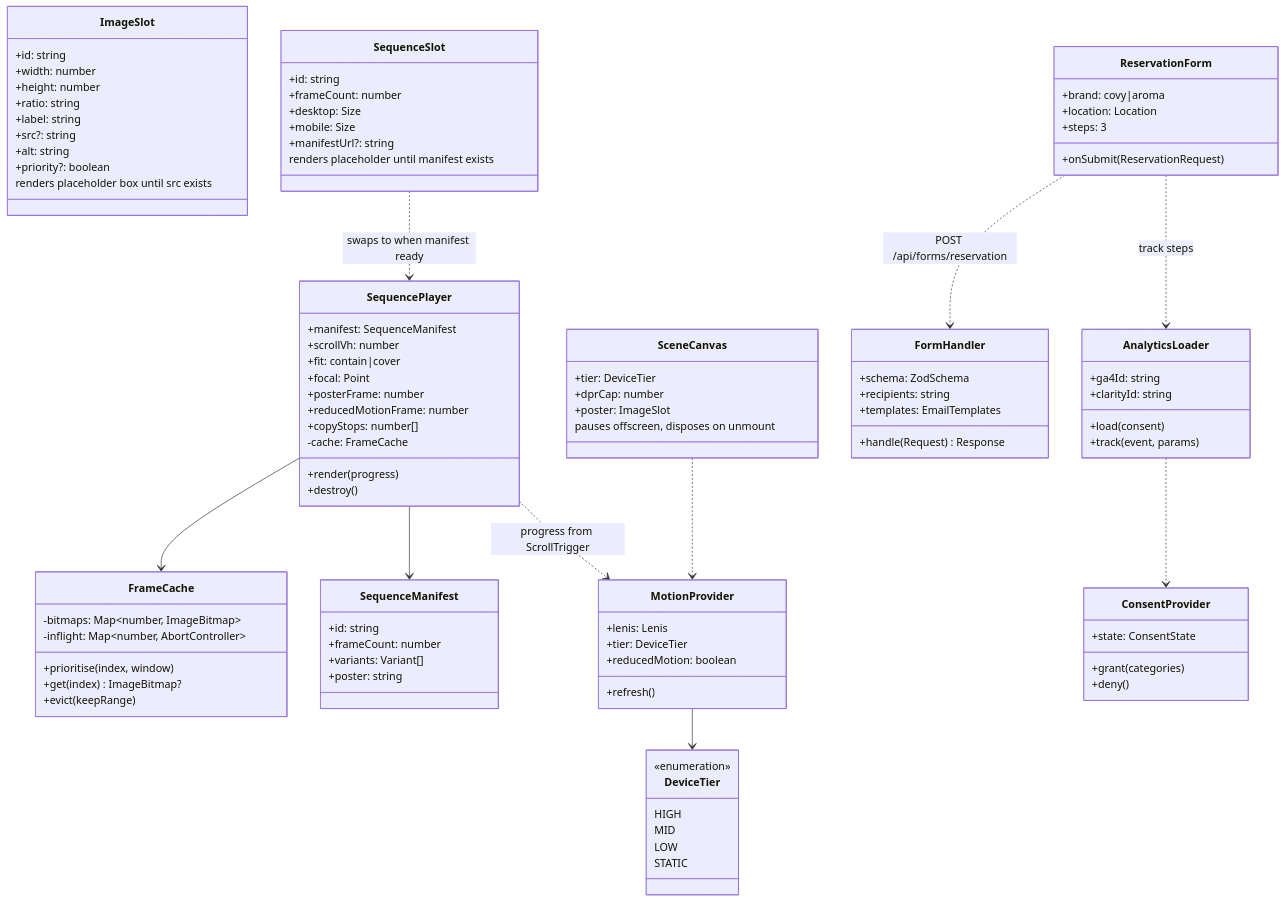
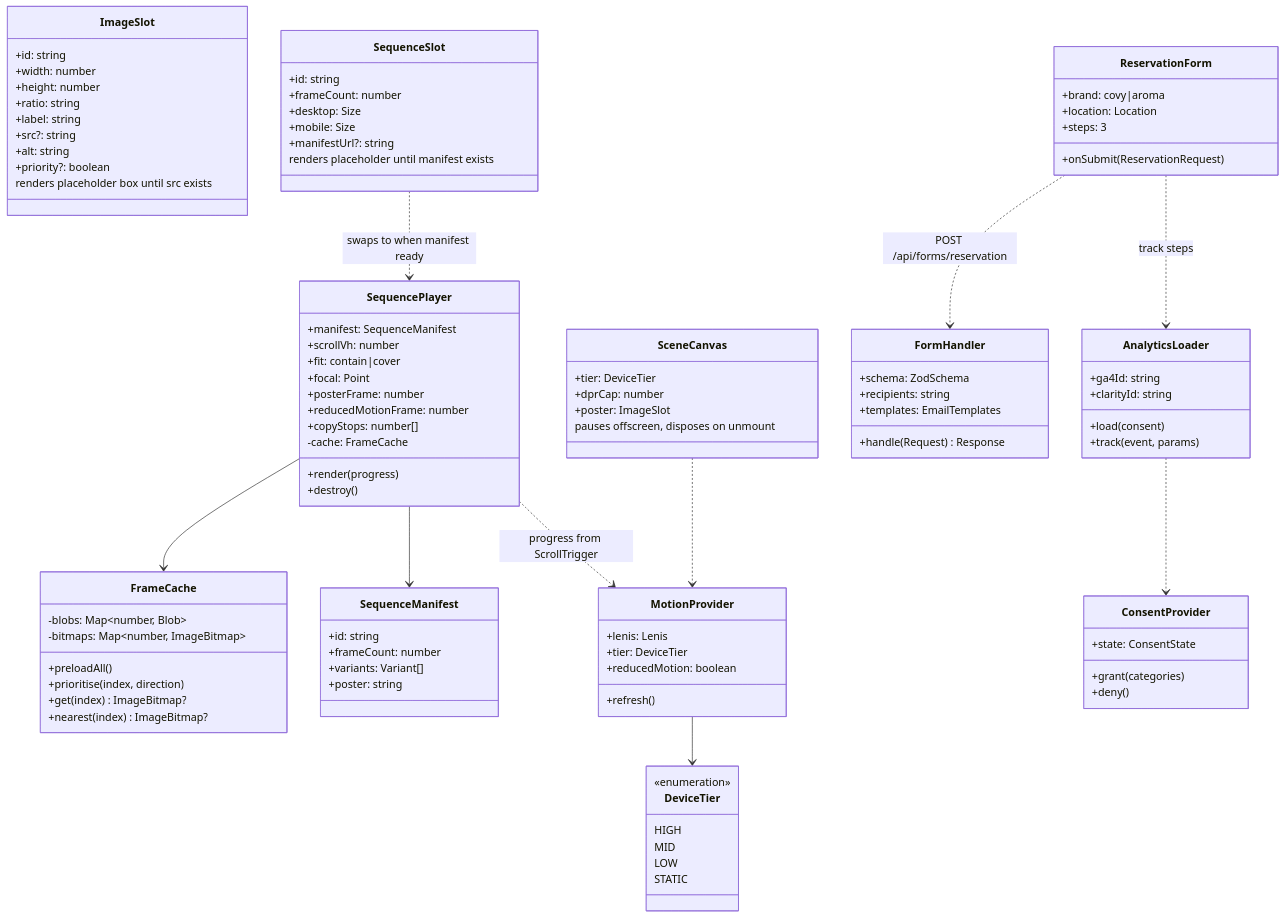
One commit to zeyadelbadawi/mas changed the third of 6 diagrams in docs/02-architecture.md. Above: the diagram before and after it, drawn with Mermaid. The commit also changed 7 other files, not shown here.

```diff
--- a/docs/02-architecture.md
+++ b/docs/02-architecture.md
@@ -133,11 +133,12 @@
     +destroy()
   }
   class FrameCache {
+    -blobs: Map~number, Blob~
     -bitmaps: Map~number, ImageBitmap~
-    -inflight: Map~number, AbortController~
-    +prioritise(index, window)
+    +preloadAll()
+    +prioritise(index, direction)
     +get(index) ImageBitmap?
-    +evict(keepRange)
+    +nearest(index) ImageBitmap?
   }
   class SequenceManifest {
     +id: string
```
